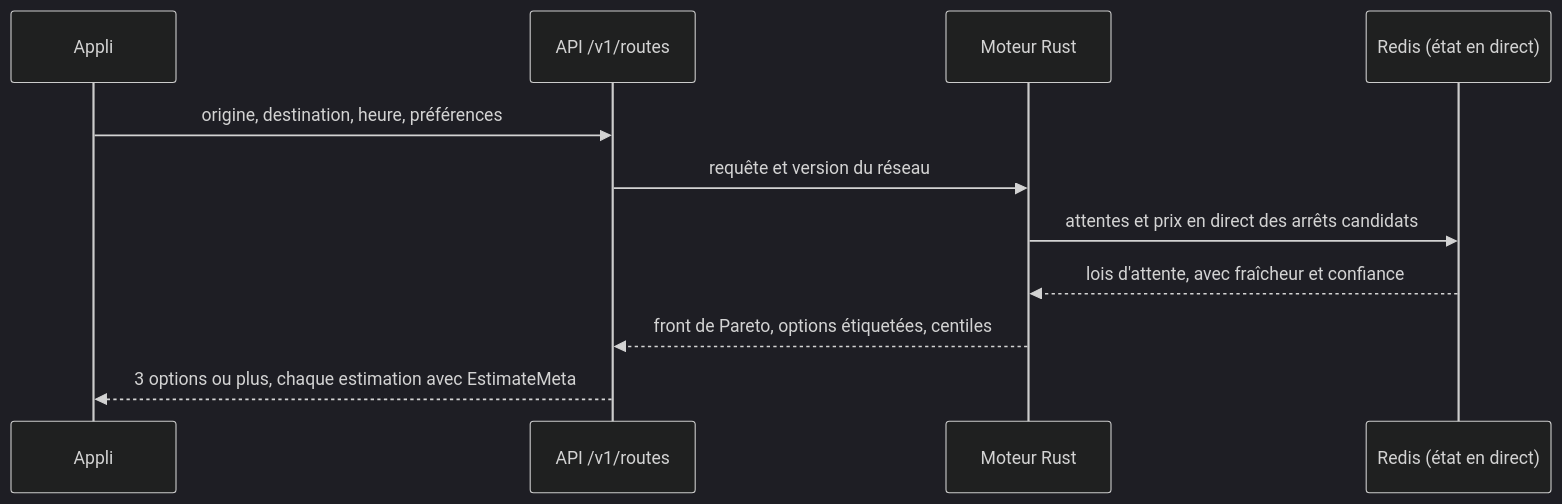
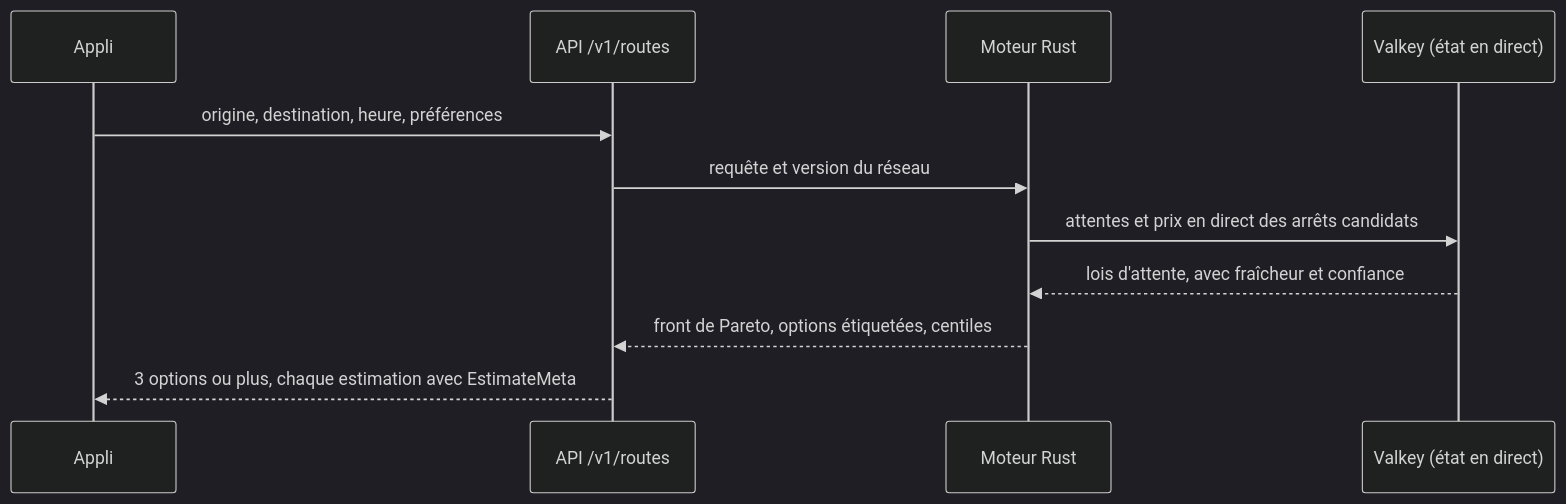
Before and after one commit to jaggerTheStone/nemesis: the third of 4 diagrams in docs/ARCHITECTURE.md, drawn with Mermaid (dark theme). The commit also changed other lines of this file and 33 other files, not shown here.

````diff
--- a/docs/ARCHITECTURE.md
+++ b/docs/ARCHITECTURE.md
@@ -109,13 +109,13 @@
 ```mermaid
 sequenceDiagram
     participant A as Appli
     participant API as API /v1/routes
     participant R as Moteur Rust
-    participant Re as Redis (état en direct)
+    participant Re as Valkey (état en direct)
     A->>API: origine, destination, heure, préférences
     API->>R: requête et version du réseau
     R->>Re: attentes et prix en direct des arrêts candidats
     Re-->>R: lois d'attente, avec fraîcheur et confiance
     R-->>API: front de Pareto, options étiquetées, centiles
     API-->>A: 3 options ou plus, chaque estimation avec EstimateMeta
 ```
````
